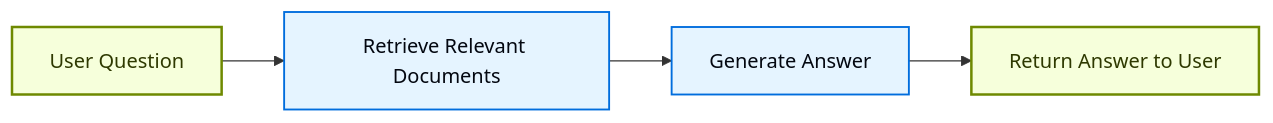
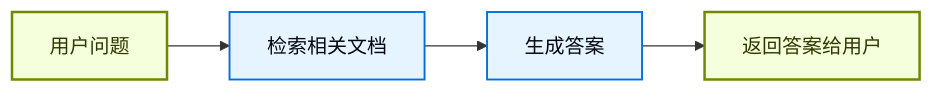
One commit to CodeFly16/langchain-cn-doc changed the second of 4 diagrams in oss/javascript/langchain/retrieval.mdx. Above: the diagram before and after it, drawn with Mermaid. The commit also changed other lines of this file and 47 other files, not shown here.

````diff
--- a/oss/javascript/langchain/retrieval.mdx
+++ b/oss/javascript/langchain/retrieval.mdx
@@ -135,13 +135,13 @@
 ```mermaid
 graph LR
-    A[User Question] --> B["Retrieve Relevant Documents"]
-    B --> C["Generate Answer"]
-    C --> D[Return Answer to User]
+    A[用户问题] --> B["检索相关文档"]
+    B --> C["生成答案"]
+    C --> D[返回答案给用户]
 
-    %% Styling
+    %% 样式
     classDef startend fill:#F6FFDB,stroke:#6E8900,stroke-width:2px,color:#2E3900
     classDef process fill:#E5F4FF,stroke:#006DDD,stroke-width:1.5px,color:#030710
 
     class A,D startend
     class B,C process
 ```
````
